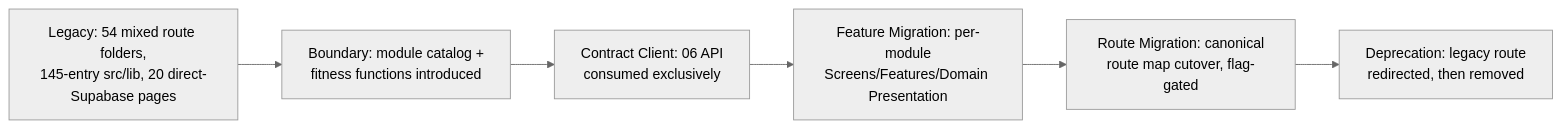
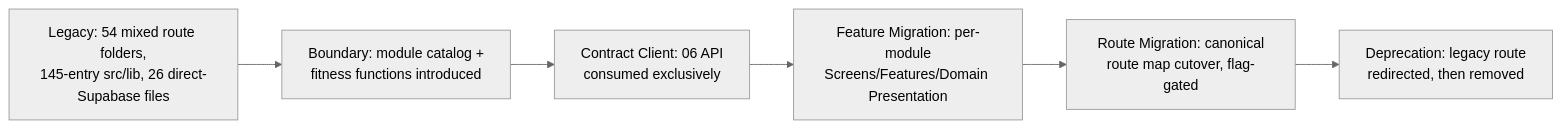
Before and after one commit to Architects-of-Change-Protocol/pmfreak: the second of 2 diagrams in docs/product-architecture/07-frontend-migration-strategy.md, drawn with Mermaid (neutral theme). The commit also changed other lines of this file and 6 other files, not shown here.

First line of the commit message:
docs: address Codex review findings on PR7 architecture docs

````diff
--- a/docs/product-architecture/07-frontend-migration-strategy.md
+++ b/docs/product-architecture/07-frontend-migration-strategy.md
@@ -191,11 +193,11 @@
 ```mermaid
 flowchart LR
-    Legacy[Legacy: 54 mixed route folders,<br/>145-entry src/lib, 20 direct-Supabase pages]
+    Legacy[Legacy: 54 mixed route folders,<br/>145-entry src/lib, 26 direct-Supabase files]
     Boundary[Boundary: module catalog +<br/>fitness functions introduced]
     ContractClient[Contract Client: 06 API<br/>consumed exclusively]
     FeatureMigration[Feature Migration: per-module<br/>Screens/Features/Domain Presentation]
     RouteMigration[Route Migration: canonical<br/>route map cutover, flag-gated]
     Deprecation[Deprecation: legacy route<br/>redirected, then removed]
 
     Legacy --> Boundary --> ContractClient --> FeatureMigration --> RouteMigration --> Deprecation
 ```
````
